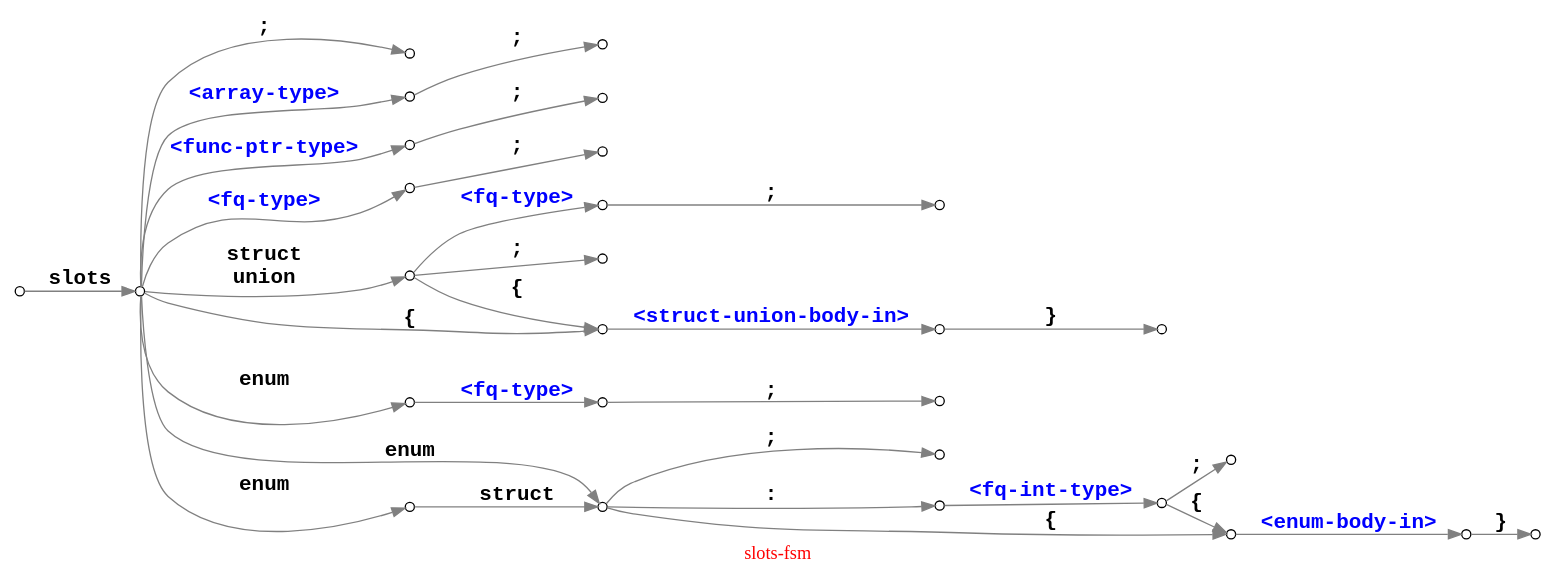
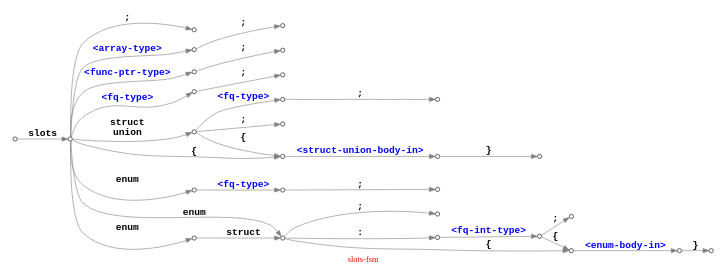
One commit to Ayyzee/dakota changed the diagram in slots-fsm.dot. Above: the diagram before and after it, drawn with Graphviz.

Commit message:
Added graph size.

```diff
--- a/slots-fsm.dot
+++ b/slots-fsm.dot
@@ -1,71 +1,73 @@
 // -*- mode: c++ -*-
 
 // slots <array-type>        ;        =>  typealias   slots-t = <array-type>      ;
 // slots <func-ptr-type>     ;        =>  typealias   slots-t = <func-ptr-type>   ;
 
 // slots             <>      ;        =>  typealias   slots-t =        <>         ;
 // slots struct      <>      ;        =>  typealias   slots-t = struct <>         ;
 // slots union       <>      ;        =>  typealias   slots-t = union  <>         ;
 // slots enum        <>      ;        =>  typealias   slots-t = enum   <>         ;
 
 // slots                     ;        =>  struct      slots-t                     ;
 // slots                     { ... }  =>  struct      slots-t                     { ... }
 
 // slots struct              ;        =>  struct      slots-t                     ;
 // slots struct              { ... }  =>  struct      slots-t                     { ... }
 
 // slots union               ;        =>  union       slots-t                     ;
 // slots union               { ... }  =>  union       slots-t                     { ... }
 
 // slots enum                ;        =>  enum        slots-t             : int-t ;
 // slots enum                { ... }  =>  enum        slots-t             : int-t { ... }
 //
 // slots enum           : <> ;        =>  enum        slots-t             : <>    ;
 // slots enum           : <> { ... }  =>  enum        slots-t             : <>    { ... }
 
 // slots enum struct         ;        =>  enum struct slots-t                     ;
 // slots enum struct         { ... }  =>  enum struct slots-t                     { ... }
 //
 // slots enum struct    : <> ;        =>  enum struct slots-t             : <>    ;
 // slots enum struct    : <> { ... }  =>  enum struct slots-t             : <>    { ... }
 
 digraph "slots-fsm" {
   graph [ rankdir = LR, label = "\G", fontcolor = red ];
+  //graph [ page = "8.5,11" ];
+  graph [ size = "7.5,10" ];
   edge [ fontsize = 16, fontname = "courier-bold", color = grey ];
   node [ shape = circle, fontsize = 12, width = 0.3, fixedsize = true ];
   node [ label = "", width = 0.1 ];
 
   000 -> 010 [ label = "slots" ];
 
   010 -> 015 [ label = ";" ];
   010 -> 141 [ label = "<array-type>", fontcolor = blue ];
   010 -> 142 [ label = "<func-ptr-type>", fontcolor = blue ];
   010 -> 140 [ label = "<fq-type>", fontcolor = blue ];
   140 -> 145 [ label = ";" ];
   141 -> 146 [ label = ";" ];
   142 -> 147 [ label = ";" ];
 
   010 -> 100 [ label = "struct\nunion" ];
   010 -> 110 [ label = "{" ];
   100 -> 110 [ label = "{" ];
   100 -> 105 [ label = ";" ];
   100 -> 150 [ label = "<fq-type>", fontcolor = blue ];
   150 -> 160 [ label = ";" ];
   110 -> 120 [ label = "<struct-union-body-in>", fontcolor = blue ];
   120 -> 130 [ label = "}" ];
 
   010 -> 031 [ label = "enum" ];
   031 -> 170 [ label = "<fq-type>", fontcolor = blue ];
   170 -> 180 [ label = ";" ];
   030 -> 035 [ label = ";" ];
   010 -> 020 [ label = "enum" ];
   010 -> 030 [ label = "enum" ];
   020 -> 030 [ label = "struct" ];
   030 -> 040 [ label = ":" ];
   030 -> 060 [ label = "{" ];
   040 -> 050 [ label = "<fq-int-type>", fontcolor = blue ];
   050 -> 060 [ label = "{" ];
   050 -> 055 [ label = ";" ];
   060 -> 070 [ label = "<enum-body-in>", fontcolor = blue ];
   070 -> 080 [ label = "}" ];
 }
```
